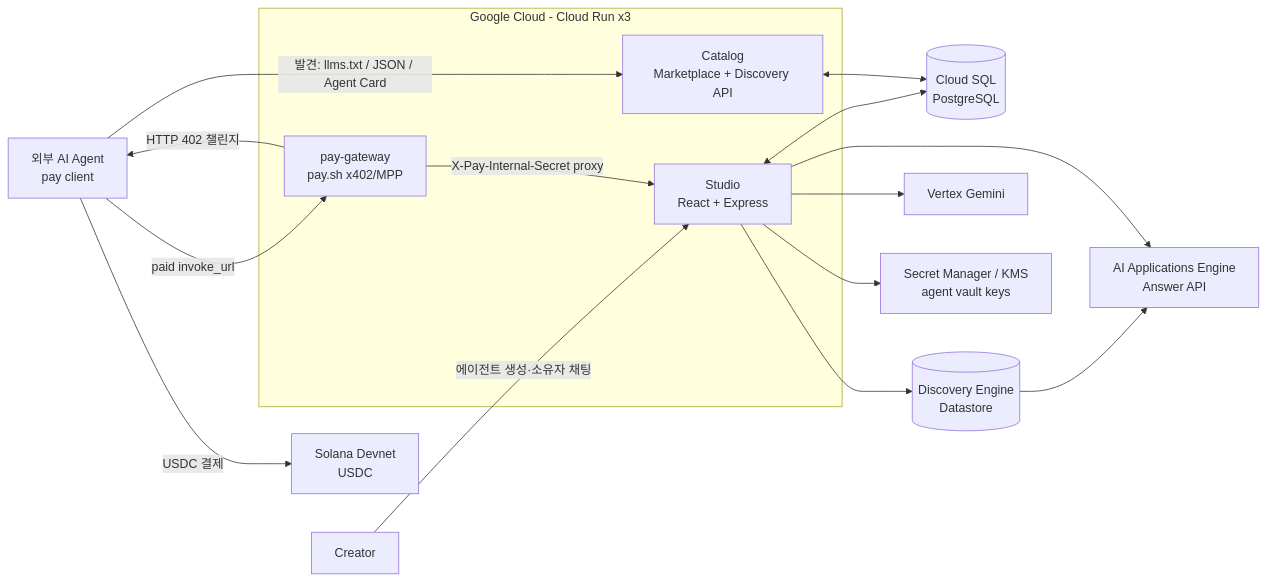
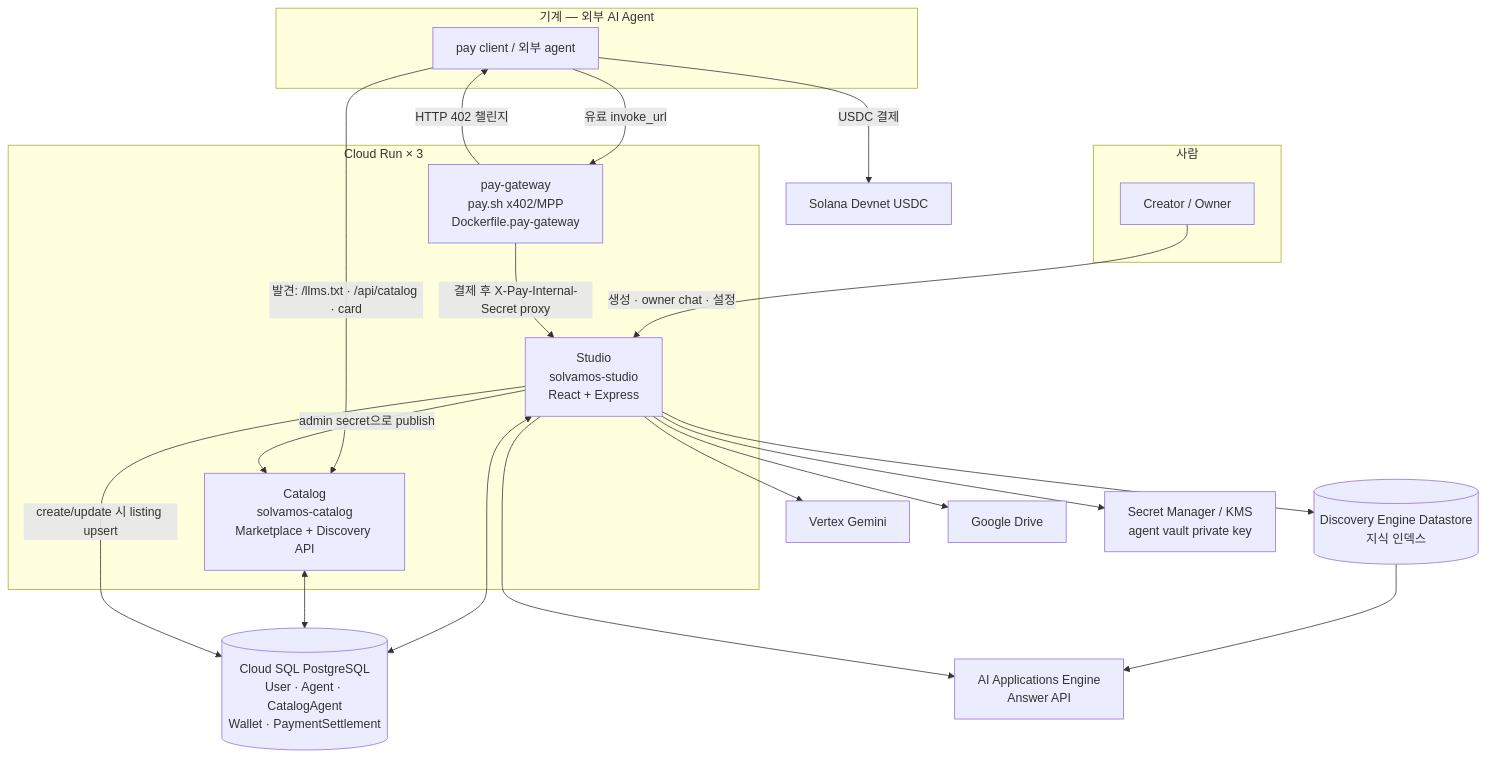
One commit to minvamos/solvamos-studio changed the first of 2 diagrams in README.md. Above: the diagram before and after it, drawn with Mermaid. The commit also changed other lines of this file and 1 other file, not shown here.

First line of the commit message:
docs(readme): document full Studio+Catalog+gateway architecture from codebase

````diff
--- a/README.md
+++ b/README.md
@@ -105,33 +72,42 @@
 ```mermaid
-flowchart LR
-  U[Creator]
-  X[외부 AI Agent<br/>pay client]
-
-  subgraph GCP [Google Cloud - Cloud Run x3]
-    S[Studio<br/>React + Express]
-    C[Catalog<br/>Marketplace + Discovery API]
-    G[pay-gateway<br/>pay.sh x402/MPP]
+flowchart TB
+  subgraph People [사람]
+    Creator[Creator / Owner]
   end
 
-  DB[(Cloud SQL<br/>PostgreSQL)]
-  DS[(Discovery Engine<br/>Datastore)]
-  E[AI Applications Engine<br/>Answer API]
-  V[Vertex Gemini]
-  SM[Secret Manager / KMS<br/>agent vault keys]
-  SOL[Solana Devnet<br/>USDC]
+  subgraph Agents [기계 — 외부 AI Agent]
+    Buyer[pay client / 외부 agent]
+  end
 
-  U -->|에이전트 생성·소유자 채팅| S
-  X -->|발견: llms.txt / JSON / Agent Card| C
-  X -->|paid invoke_url| G
-  G -->|HTTP 402 챌린지| X
-  X -->|USDC 결제| SOL
-  G -->|X-Pay-Internal-Secret proxy| S
+  subgraph Run [Cloud Run × 3]
+    Studio[Studio<br/>solvamos-studio<br/>React + Express]
+    Catalog[Catalog<br/>solvamos-catalog<br/>Marketplace + Discovery API]
+    Gateway[pay-gateway<br/>pay.sh x402/MPP<br/>Dockerfile.pay-gateway]
+  end
 
-  S <--> DB
-  C <--> DB
-  S --> DS
-  DS --> E
-  S --> E
-  S --> V
-  S --> SM
+  DB[(Cloud SQL PostgreSQL<br/>User · Agent · CatalogAgent<br/>Wallet · PaymentSettlement)]
+  DS[(Discovery Engine Datastore<br/>지식 인덱스)]
+  Engine[AI Applications Engine<br/>Answer API]
+  Gemini[Vertex Gemini]
+  Drive[Google Drive]
+  SM[Secret Manager / KMS<br/>agent vault private key]
+  SOL[Solana Devnet USDC]
+
+  Creator -->|생성 · owner chat · 설정| Studio
+  Buyer -->|발견: /llms.txt · /api/catalog · card| Catalog
+  Buyer -->|유료 invoke_url| Gateway
+  Gateway -->|HTTP 402 챌린지| Buyer
+  Buyer -->|USDC 결제| SOL
+  Gateway -->|결제 후 X-Pay-Internal-Secret proxy| Studio
+
+  Studio <--> DB
+  Catalog <--> DB
+  Studio -->|create/update 시 listing upsert| DB
+  Studio -->|admin secret으로 publish| Catalog
+  Studio --> Drive
+  Studio --> DS
+  DS --> Engine
+  Studio --> Engine
+  Studio --> Gemini
+  Studio --> SM
 ```
````
